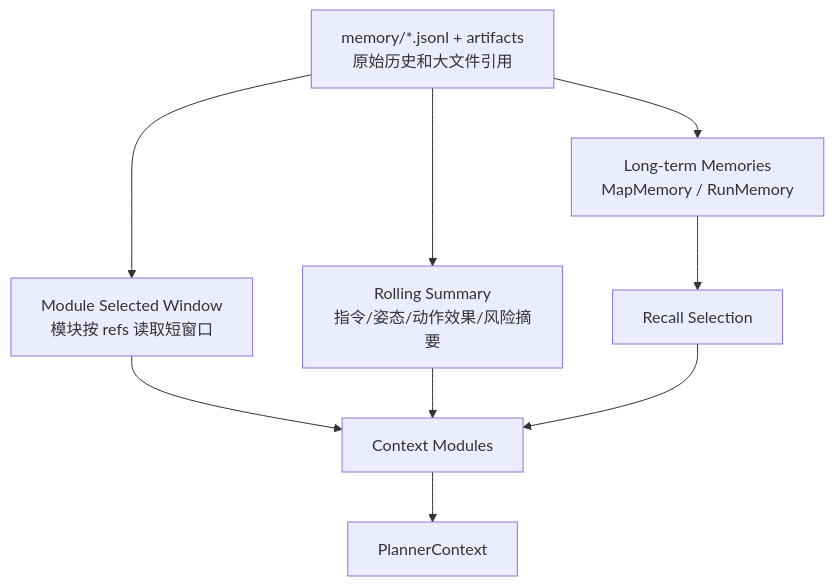
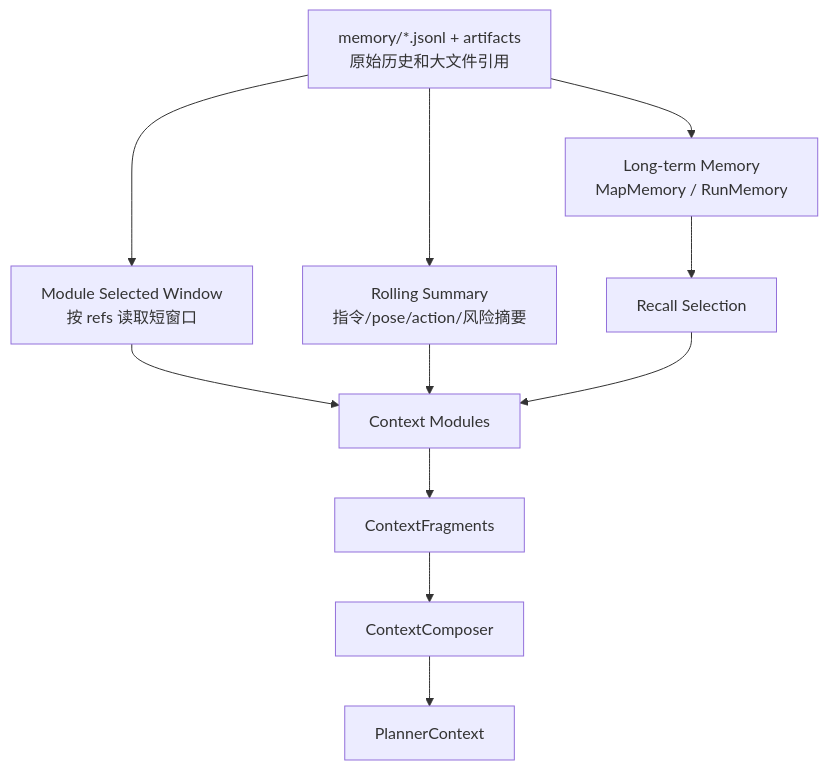
The diagram in docs/memory_system/04_history_compression.md (LZ6years/AeroPilot), drawn with Mermaid before and after one commit. The commit also changed other lines of this file and 15 other files, not shown here.

Commit message:
Tighten model action planner contract

````diff
--- a/docs/memory_system/04_history_compression.md
+++ b/docs/memory_system/04_history_compression.md
@@ -17,12 +9,14 @@
 ```mermaid
 flowchart TD
-    A["memory/*.jsonl + artifacts<br/>原始历史和大文件引用"] --> B["Module Selected Window<br/>模块按 refs 读取短窗口"]
-    A --> C["Rolling Summary<br/>指令/姿态/动作效果/风险摘要"]
-    A --> D["Long-term Memories<br/>MapMemory / RunMemory"]
+    RAW["memory/*.jsonl + artifacts<br/>原始历史和大文件引用"] --> WIN["Module Selected Window<br/>按 refs 读取短窗口"]
+    RAW --> SUM["Rolling Summary<br/>指令/pose/action/风险摘要"]
+    RAW --> LONG["Long-term Memory<br/>MapMemory / RunMemory"]
 
-    B --> E["Context Modules"]
-    C --> E
-    D --> F["Recall Selection"]
-    F --> E
-    E --> G["PlannerContext"]
+    WIN --> MOD["Context Modules"]
+    SUM --> MOD
+    LONG --> RECALL["Recall Selection"]
+    RECALL --> MOD
+    MOD --> FR["ContextFragments"]
+    FR --> CC["ContextComposer"]
+    CC --> PC["PlannerContext"]
 ```
````
